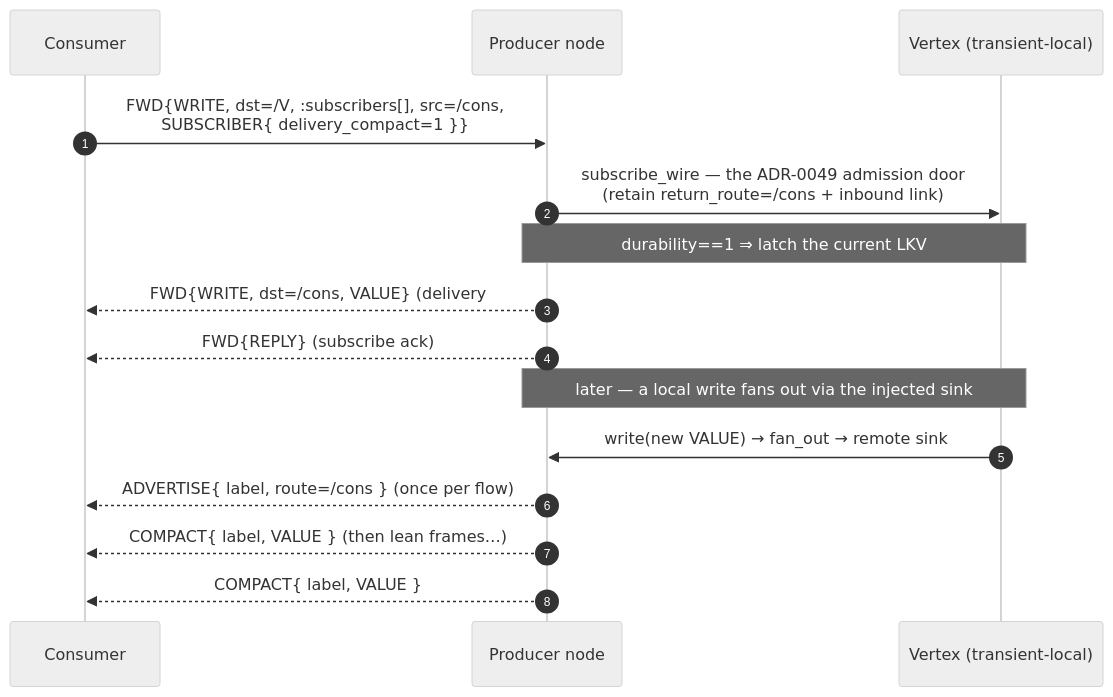
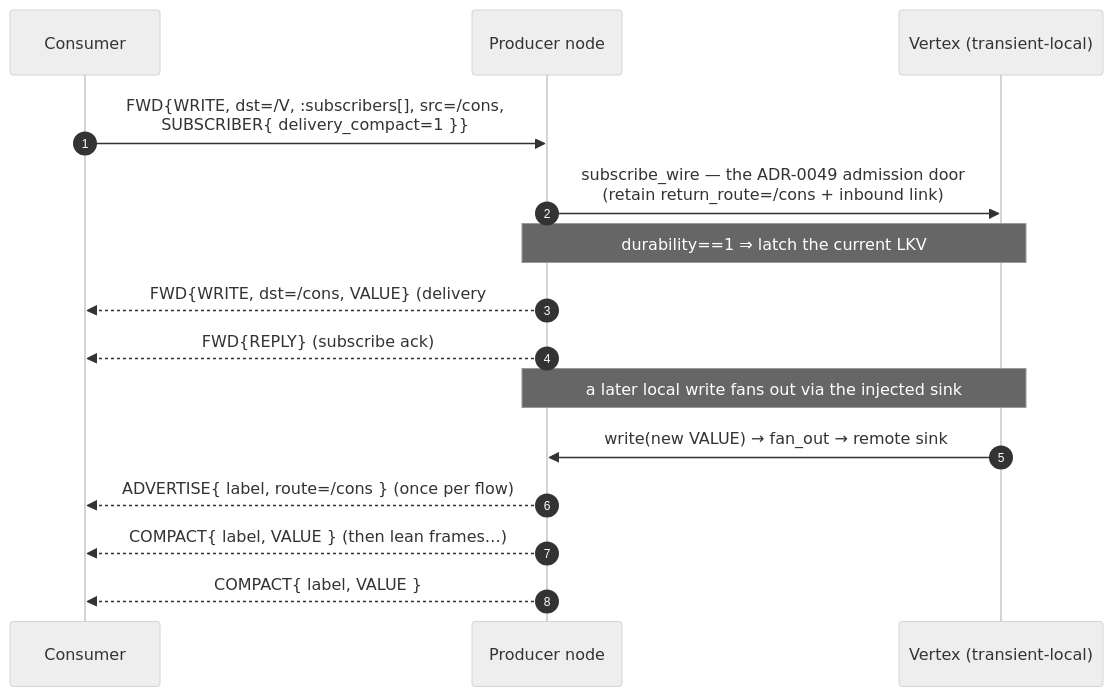
One commit to avatarsd-llc/libtracer changed the second of 7 diagrams in docs/reference/05-protocol-tlvs.md. Above: the diagram before and after it, drawn with Mermaid (neutral theme). The commit also changed other lines of this file and 45 other files, not shown here.

````diff
--- a/docs/reference/05-protocol-tlvs.md
+++ b/docs/reference/05-protocol-tlvs.md
@@ -203,17 +203,17 @@
 ```{mermaid}
 sequenceDiagram
     autonumber
     participant Cons as Consumer
     participant Prod as Producer node
     participant V as Vertex (transient-local)
     Cons->>Prod: FWD{WRITE, dst=/V, :subscribers[], src=/cons,<br/>SUBSCRIBER{ delivery_compact=1 }}
     Prod->>V: subscribe_wire — the ADR-0049 admission door<br/>(retain return_route=/cons + inbound link)
     Note over Prod,V: durability==1 ⇒ latch the current LKV
     Prod-->>Cons: FWD{WRITE, dst=/cons, VALUE}  (delivery #1 — the latch)
     Prod-->>Cons: FWD{REPLY} (subscribe ack)
-    Note over V,Prod: later — a local write fans out via the injected sink
+    Note over V,Prod: a later local write fans out via the injected sink
     V->>Prod: write(new VALUE) → fan_out → remote sink
     Prod-->>Cons: ADVERTISE{ label, route=/cons }  (once per flow)
     Prod-->>Cons: COMPACT{ label, VALUE }          (then lean frames…)
     Prod-->>Cons: COMPACT{ label, VALUE }
 ```
````
